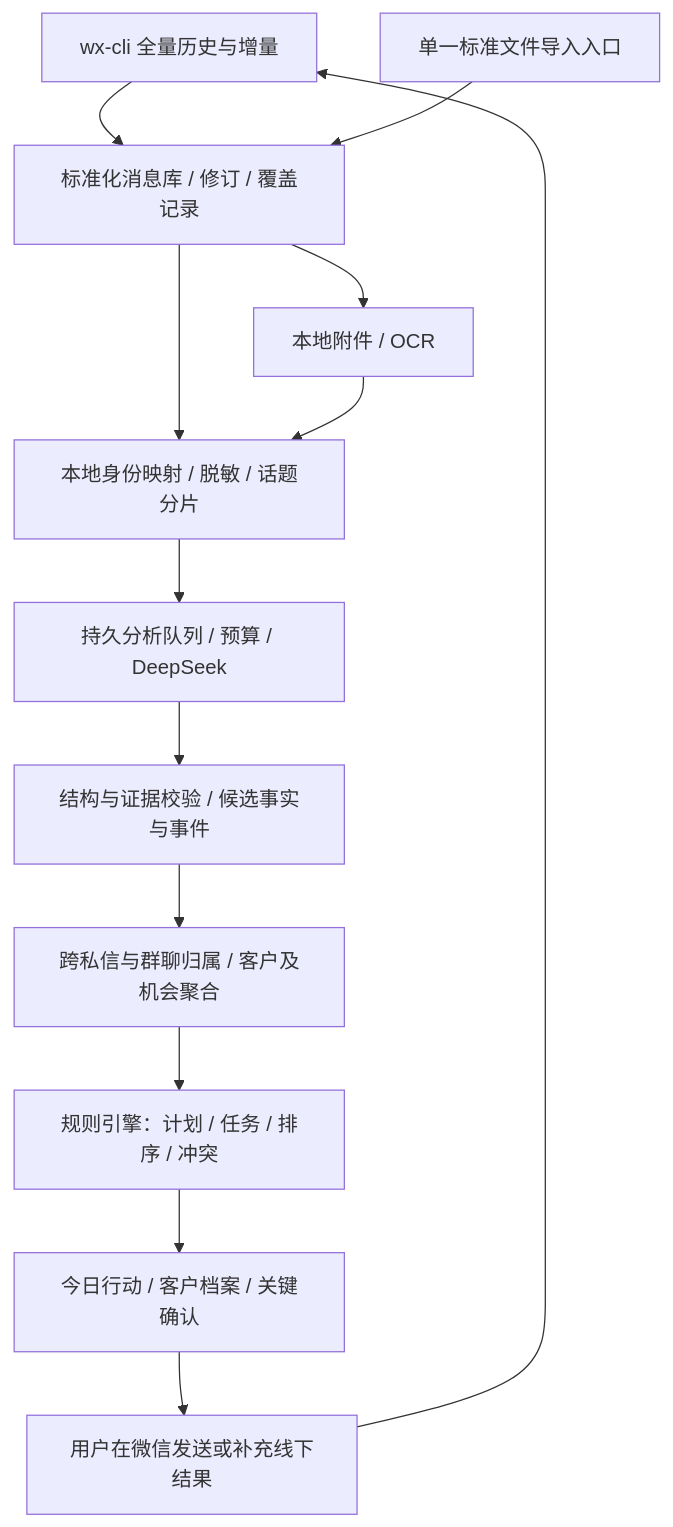
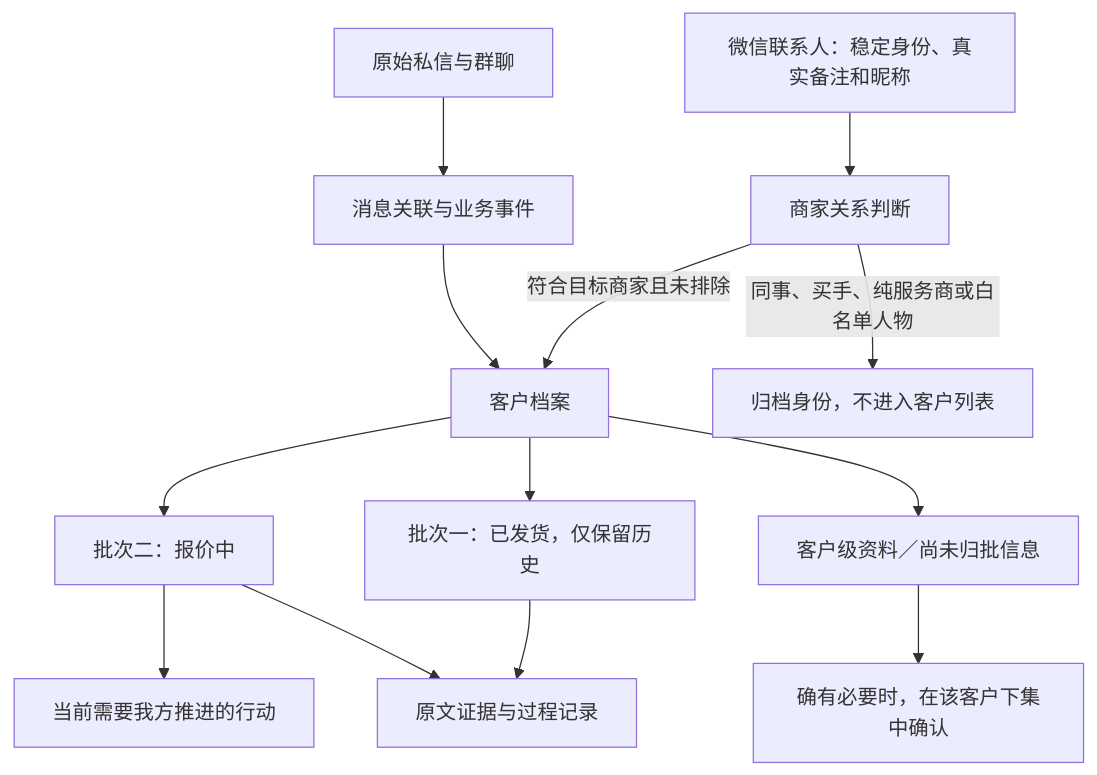
The diagram in docs/AI_CRM_DESIGN.md (EligahYy/Wechat-Agent), drawn with Mermaid before and after one commit. The commit also changed other lines of this file and 4 other files, not shown here.

````diff
--- a/docs/AI_CRM_DESIGN.md
+++ b/docs/AI_CRM_DESIGN.md
@@ -228,15 +30,15 @@
 ```mermaid
 flowchart TD
-    A[wx-cli 全量历史与增量] --> C[标准化消息库 / 修订 / 覆盖记录]
-    B[单一标准文件导入入口] --> C
-    C --> D[本地身份映射 / 脱敏 / 话题分片]
-    D --> E[持久分析队列 / 预算 / DeepSeek]
-    E --> F[结构与证据校验 / 候选事实与事件]
-    F --> G[跨私信与群聊归属 / 客户及机会聚合]
-    G --> H[规则引擎：计划 / 任务 / 排序 / 冲突]
-    H --> I[今日行动 / 客户档案 / 关键确认]
-    I --> J[用户在微信发送或补充线下结果]
-    J --> A
-    C --> K[本地附件 / OCR]
-    K --> D
+    P[微信联系人：稳定身份、真实备注和昵称] --> R[商家关系判断]
+    R -->|符合目标商家且未排除| C[客户档案]
+    R -->|同事、买手、纯服务商或白名单人物| A[归档身份，不进入客户列表]
+    M[原始私信与群聊] --> L[消息关联与业务事件]
+    L --> C
+    C --> B1[批次一：已发货，仅保留历史]
+    C --> B2[批次二：报价中]
+    C --> U[客户级资料／尚未归批信息]
+    B2 --> T[当前需要我方推进的行动]
+    B1 --> E[原文证据与过程记录]
+    B2 --> E
+    U --> Q[确有必要时，在该客户下集中确认]
 ```
````
